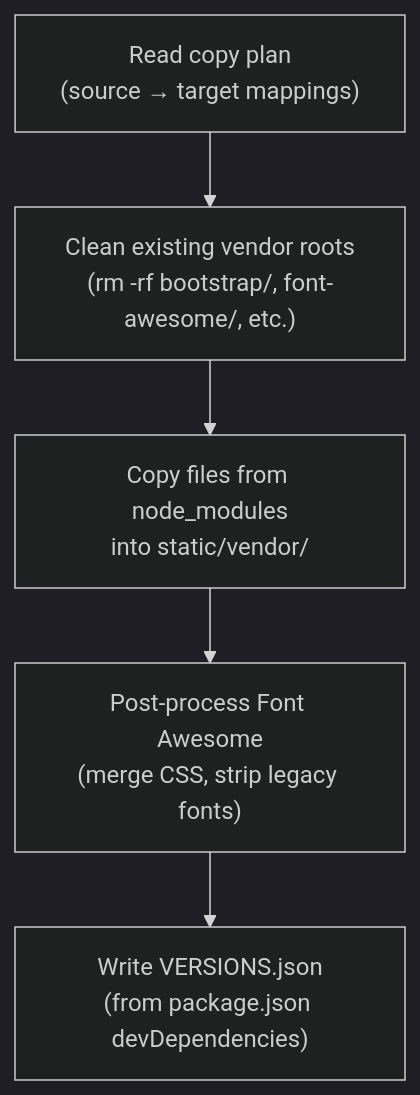
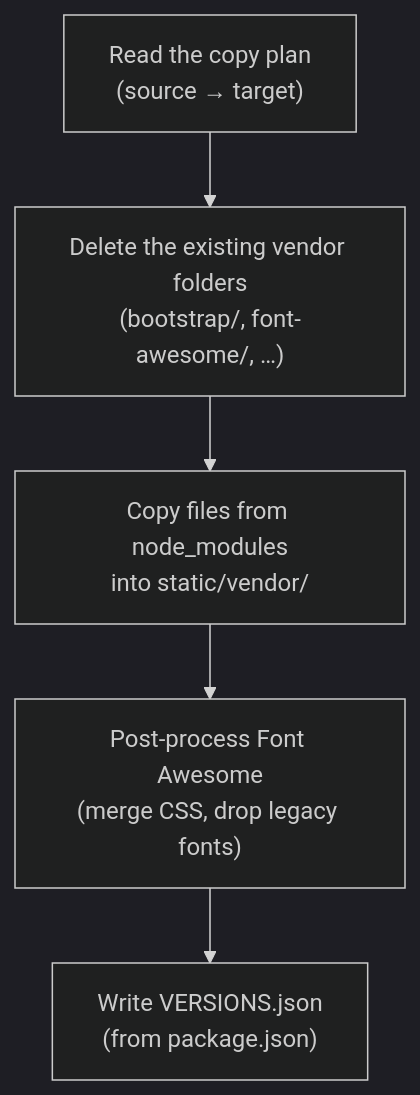
One commit to openTdataCH/stop_sync_osm_atlas changed the diagram in documentation/3.4 Frontend Asset Management.md. Above: the diagram before and after it, drawn with Mermaid (dark theme). The commit also changed other lines of this file and 35 other files, not shown here.

Commit message:
docs: refresh application architecture and operations guides

````diff
--- a/documentation/3.4 Frontend Asset Management.md
+++ b/documentation/3.4 Frontend Asset Management.md
@@ -81,7 +81,7 @@
 ```mermaid
 flowchart TD
-    A["Read copy plan\n(source → target mappings)"] --> B["Clean existing vendor roots\n(rm -rf bootstrap/, font-awesome/, etc.)"]
-    B --> C["Copy files from node_modules\ninto static/vendor/"]
-    C --> D["Post-process Font Awesome\n(merge CSS, strip legacy fonts)"]
-    D --> E["Write VERSIONS.json\n(from package.json devDependencies)"]
+    A["Read the copy plan<br/>(source → target)"] --> B["Delete the existing vendor folders<br/>(bootstrap/, font-awesome/, …)"]
+    B --> C["Copy files from node_modules<br/>into static/vendor/"]
+    C --> D["Post-process Font Awesome<br/>(merge CSS, drop legacy fonts)"]
+    D --> E["Write VERSIONS.json<br/>(from package.json)"]
 ```
````
